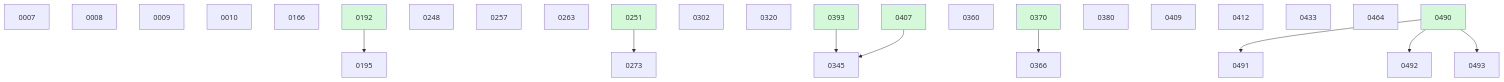
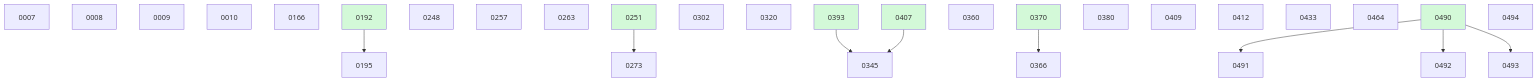
One commit to danielhanold/docket changed the diagram in docs/changes/BOARD.md. Above: the diagram before and after it, drawn with Mermaid. The commit also changed other lines of this file and 1 other file, not shown here.

````diff
--- a/docs/changes/BOARD.md
+++ b/docs/changes/BOARD.md
@@ -43,34 +44,35 @@
 ```mermaid
 graph TD
   0007
   0008
   0009
   0010
   0166
   0192 --> 0195
   0248
   0257
   0263
   0251 --> 0273
   0302
   0320
   0393 --> 0345
   0407 --> 0345
   0360
   0370 --> 0366
   0380
   0409
   0412
   0433
   0464
   0490 --> 0491
   0490 --> 0492
   0490 --> 0493
+  0494
   0192:::done
   0251:::done
   0370:::done
   0393:::done
   0407:::done
   0490:::done
   classDef done fill:#d3f9d8;
 ```
````
